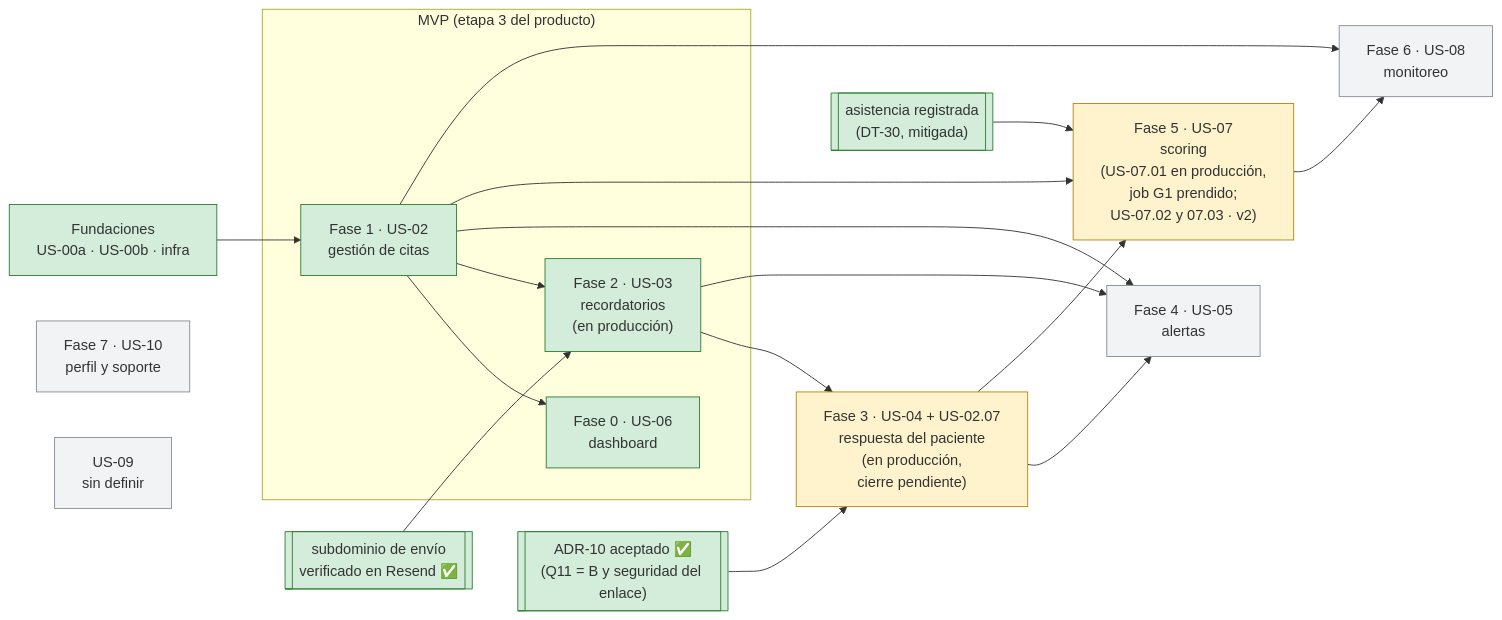
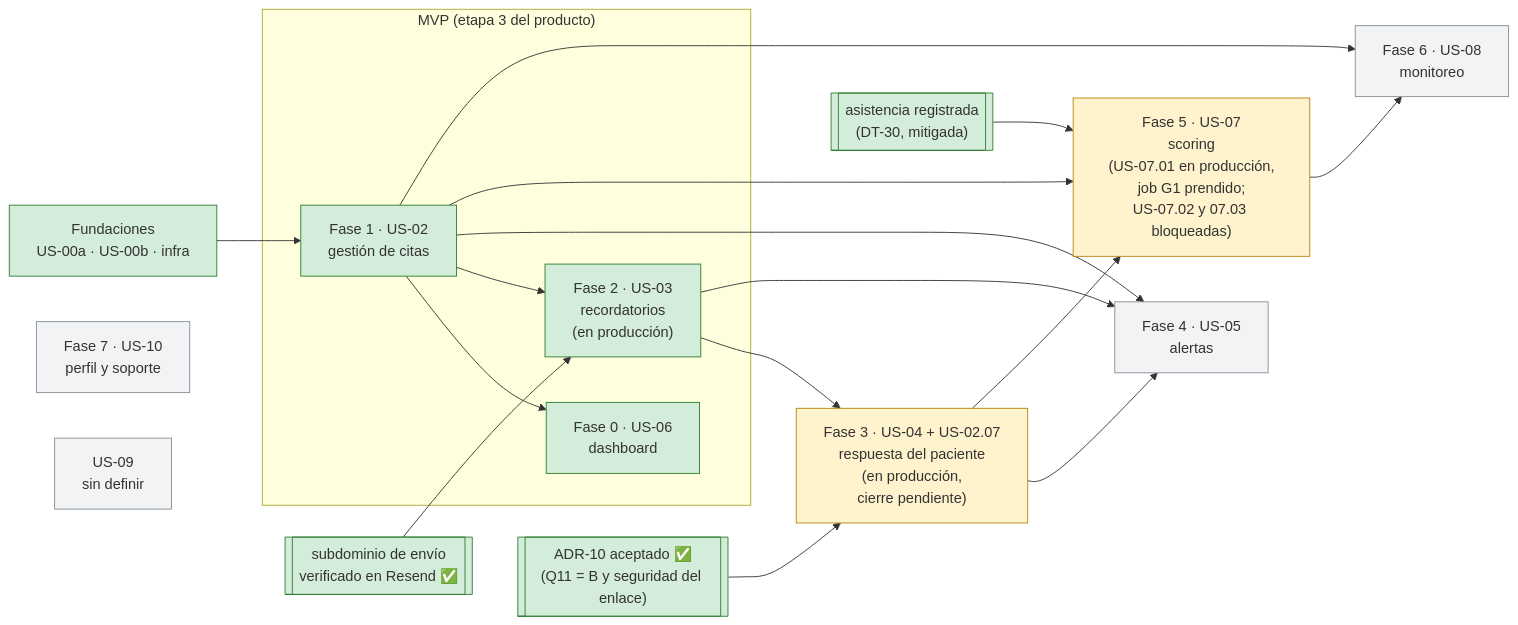
Before and after one commit to Citia-solutions/citia-backend: the diagram in context/Fases/README.md, drawn with Mermaid. The commit also changed other lines of this file and 8 other files, not shown here.

````diff
--- a/context/Fases/README.md
+++ b/context/Fases/README.md
@@ -93,41 +99,41 @@
 ```mermaid
 flowchart LR
   B["Fundaciones<br/>US-00a · US-00b · infra"]:::hecho
 
   subgraph MVP["MVP (etapa 3 del producto)"]
     F1["Fase 1 · US-02<br/>gestión de citas"]:::hecho
     F0["Fase 0 · US-06<br/>dashboard"]:::hecho
     F2["Fase 2 · US-03<br/>recordatorios<br/>(en producción)"]:::hecho
   end
 
   F3["Fase 3 · US-04 + US-02.07<br/>respuesta del paciente<br/>(en producción,<br/>cierre pendiente)"]:::disenada
   F4["Fase 4 · US-05<br/>alertas"]:::pendiente
-  F5["Fase 5 · US-07<br/>scoring<br/>(US-07.01 en producción,<br/>job G1 prendido;<br/>US-07.02 y 07.03 · v2)"]:::disenada
+  F5["Fase 5 · US-07<br/>scoring<br/>(US-07.01 en producción,<br/>job G1 prendido;<br/>US-07.02 y 07.03 bloqueadas)"]:::disenada
   F6["Fase 6 · US-08<br/>monitoreo"]:::pendiente
   F7["Fase 7 · US-10<br/>perfil y soporte"]:::pendiente
   U9["US-09<br/>sin definir"]:::pendiente
 
   DOM[["subdominio de envío<br/>verificado en Resend ✅"]]:::hecho
   A10[["ADR-10 aceptado ✅<br/>(Q11 = B y seguridad del enlace)"]]:::hecho
   D30[["asistencia registrada<br/>(DT-30, mitigada)"]]:::hecho
 
   B --> F1
   F1 --> F0
   F1 --> F2
   DOM --> F2
   F2 --> F3
   A10 --> F3
   F1 --> F4
   F2 --> F4
   F3 --> F4
   F1 --> F5
   F3 --> F5
   D30 --> F5
   F1 --> F6
   F5 --> F6
 
   classDef hecho fill:#d4edda,stroke:#2e7d32
   classDef disenada fill:#fff3cd,stroke:#b8860b
   classDef pendiente fill:#f1f3f5,stroke:#868e96
   classDef aplazada fill:#e7eaf6,stroke:#5c6bc0
 ```
````
